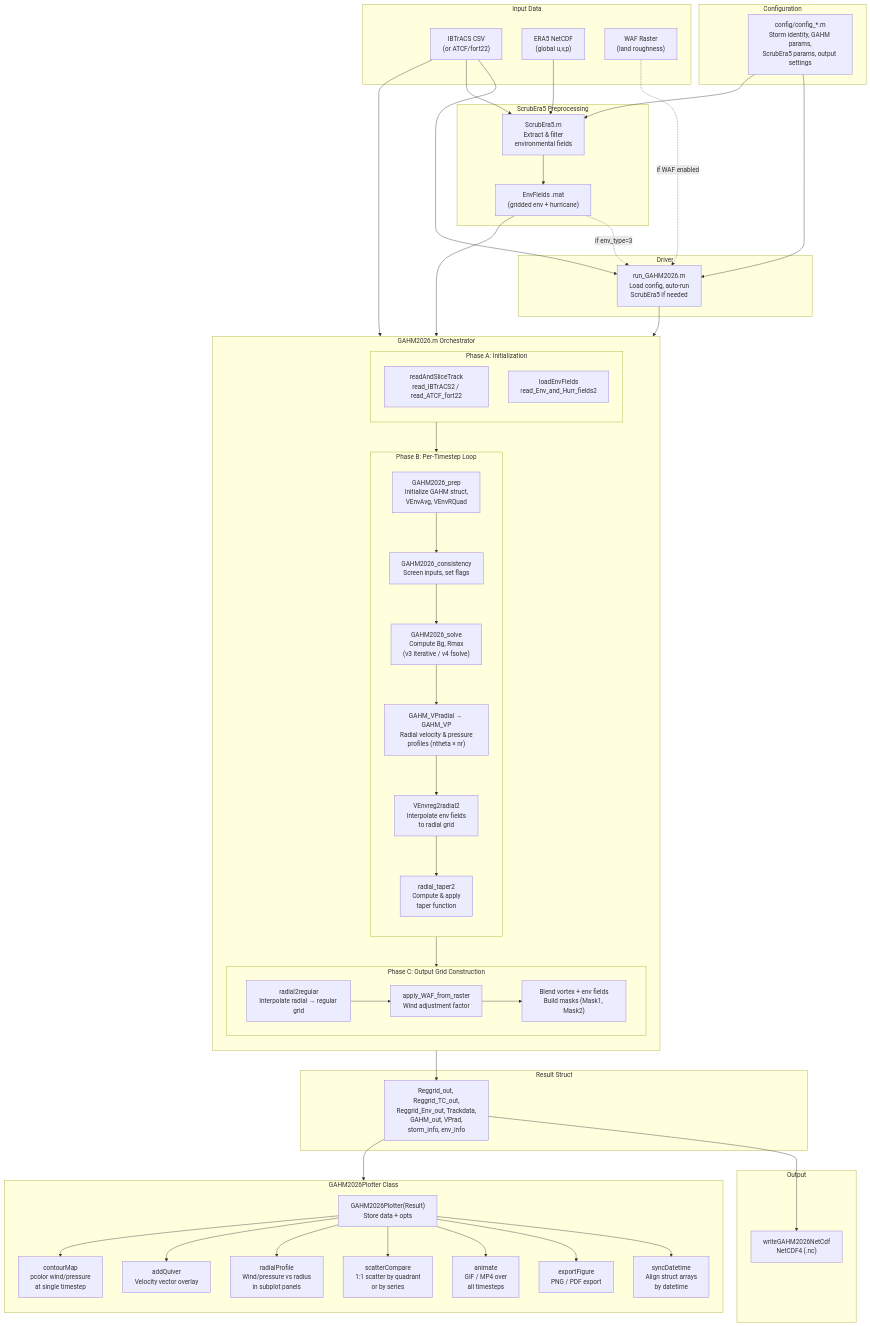
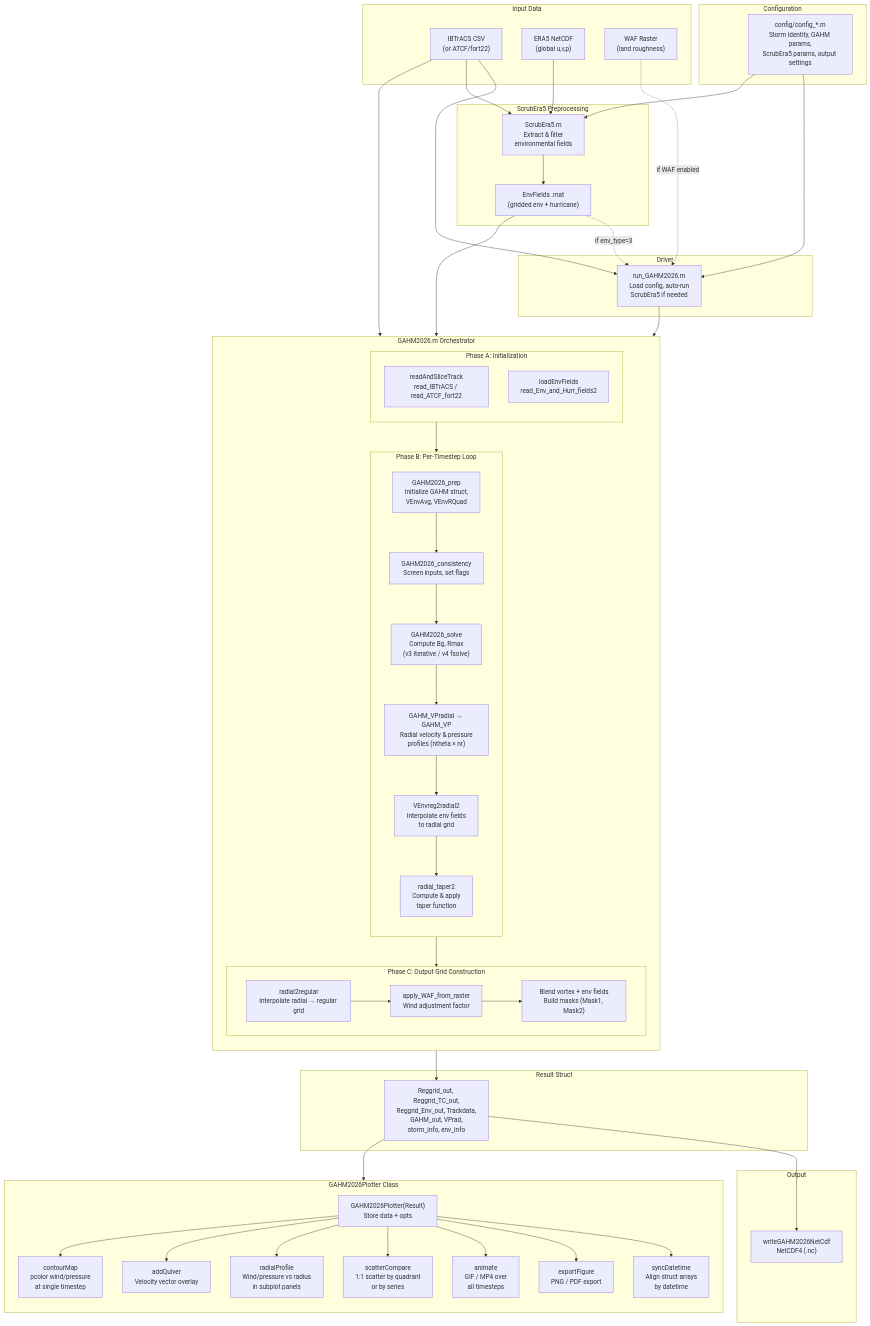
The diagram in documentation/GAHM2026_workflow.md (RENCI/GAHM2026), drawn with Mermaid before and after one commit. The commit also changed 26 other files, not shown here.

Commit message:
removed track reader from ScrubEra5, now uses read_IBTrACS;more log  message cleanup; plotting changes

```diff
--- a/documentation/GAHM2026_workflow.md
+++ b/documentation/GAHM2026_workflow.md
@@ -31,7 +31,7 @@
         direction TB
 
         subgraph INIT["Phase A: Initialization"]
-            track["readAndSliceTrack\nread_IBTrACS2 / read_ATCF_fort22"]
+            track["readAndSliceTrack\nread_IBTrACS / read_ATCF_fort22"]
             loadenv["loadEnvFields\nread_Env_and_Hurr_fields2"]
         end
 
```
